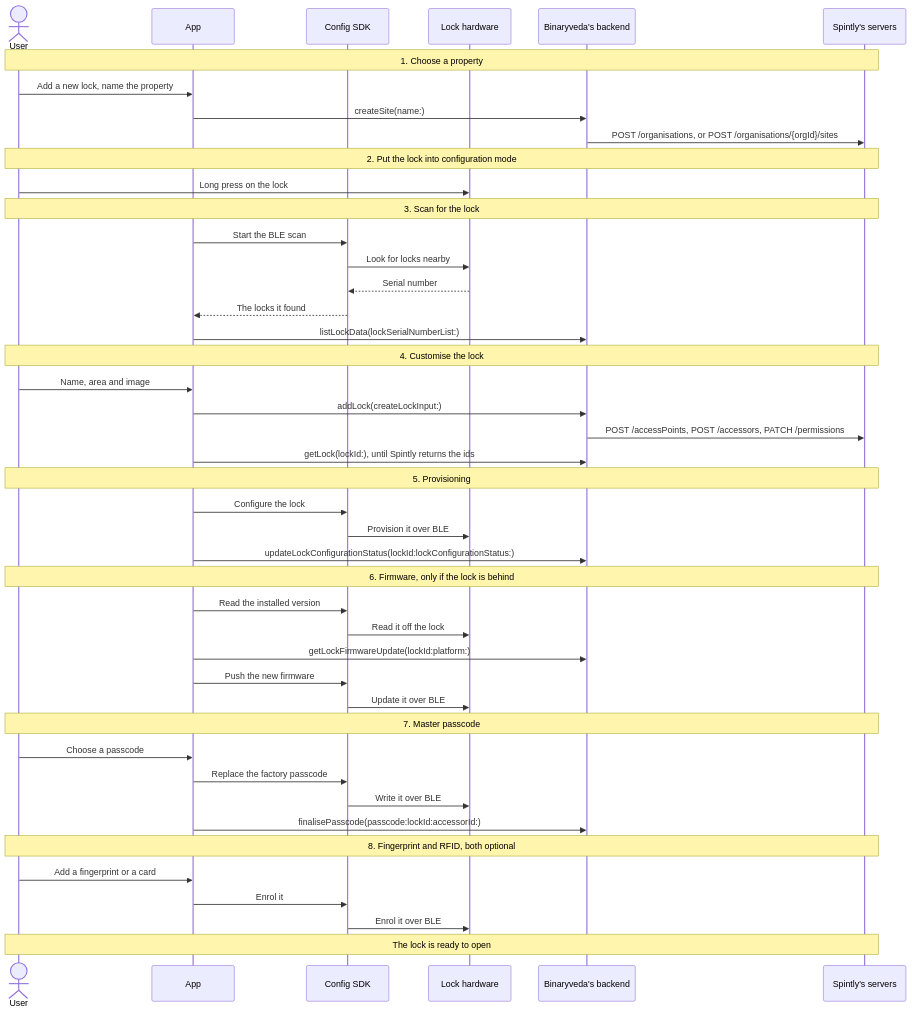
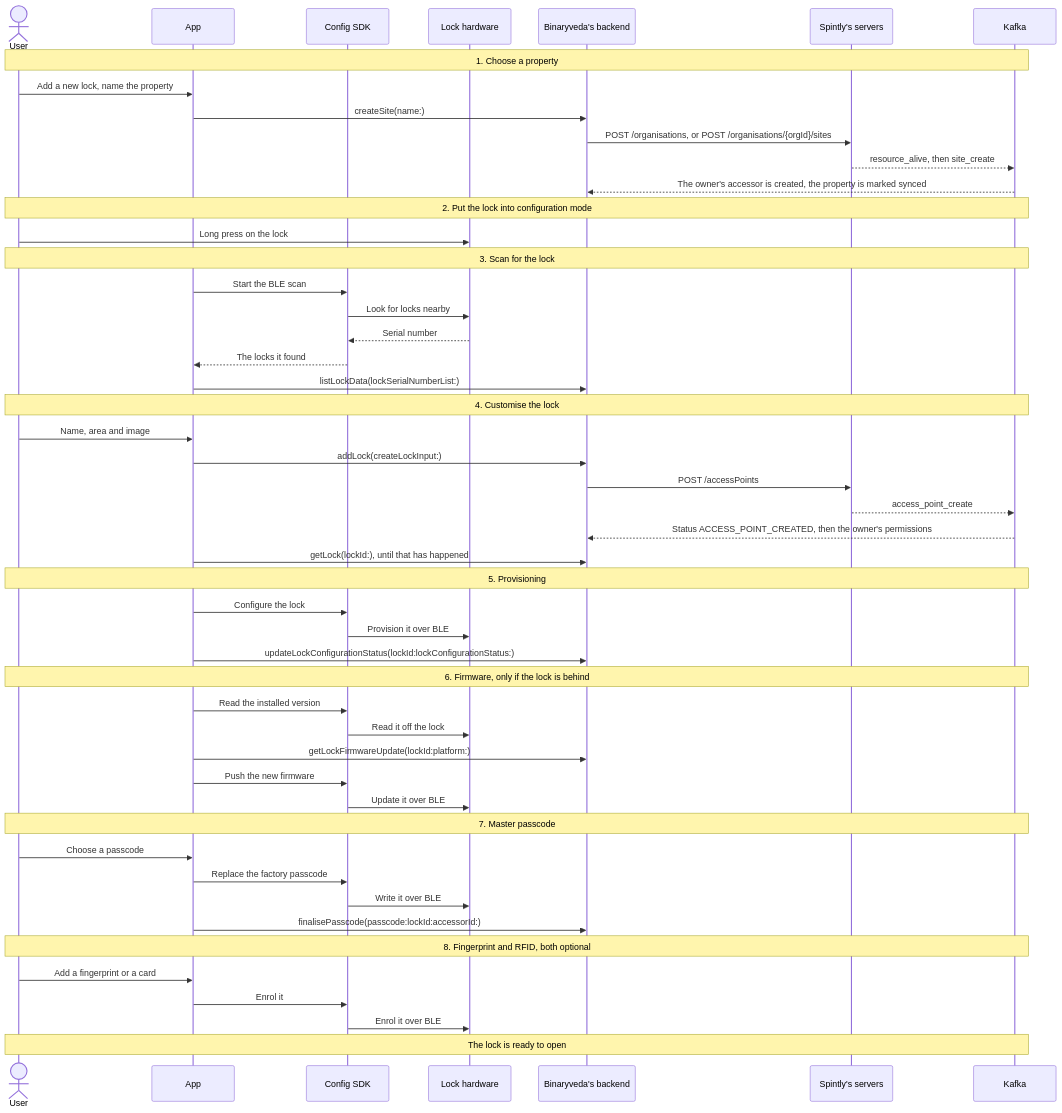
Before and after one commit to Yash-Wadatkar-Binaryveda/sdk-docs-site: the first of 16 diagrams in docs/lock-onboarding.md, drawn with Mermaid. The commit also changed other lines of this file and 11 other files, not shown here.

````diff
--- a/docs/lock-onboarding.md
+++ b/docs/lock-onboarding.md
@@ -25,55 +44,60 @@
 ```mermaid
 sequenceDiagram
     actor U as User
     participant A as App
     participant C as Config SDK
     participant L as Lock hardware
     participant B as Binaryveda's backend
     participant S as Spintly's servers
+    participant K as Kafka
 
-    Note over U,S: 1. Choose a property
+    Note over U,K: 1. Choose a property
     U->>A: Add a new lock, name the property
     A->>B: createSite(name:)
     B->>S: POST /organisations, or POST /organisations/{orgId}/sites
+    S-->>K: resource_alive, then site_create
+    K-->>B: The owner's accessor is created, the property is marked synced
 
-    Note over U,S: 2. Put the lock into configuration mode
+    Note over U,K: 2. Put the lock into configuration mode
     U->>L: Long press on the lock
 
-    Note over U,S: 3. Scan for the lock
+    Note over U,K: 3. Scan for the lock
     A->>C: Start the BLE scan
     C->>L: Look for locks nearby
     L-->>C: Serial number
     C-->>A: The locks it found
     A->>B: listLockData(lockSerialNumberList:)
 
-    Note over U,S: 4. Customise the lock
+    Note over U,K: 4. Customise the lock
     U->>A: Name, area and image
     A->>B: addLock(createLockInput:)
-    B->>S: POST /accessPoints, POST /accessors, PATCH /permissions
-    A->>B: getLock(lockId:), until Spintly returns the ids
+    B->>S: POST /accessPoints
+    S-->>K: access_point_create
+    K-->>B: Status ACCESS_POINT_CREATED, then the owner's permissions
+    A->>B: getLock(lockId:), until that has happened
 
-    Note over U,S: 5. Provisioning
+    Note over U,K: 5. Provisioning
     A->>C: Configure the lock
     C->>L: Provision it over BLE
     A->>B: updateLockConfigurationStatus(lockId:lockConfigurationStatus:)
 
-    Note over U,S: 6. Firmware, only if the lock is behind
+    Note over U,K: 6. Firmware, only if the lock is behind
     A->>C: Read the installed version
     C->>L: Read it off the lock
     A->>B: getLockFirmwareUpdate(lockId:platform:)
     A->>C: Push the new firmware
     C->>L: Update it over BLE
 
-    Note over U,S: 7. Master passcode
+    Note over U,K: 7. Master passcode
     U->>A: Choose a passcode
     A->>C: Replace the factory passcode
     C->>L: Write it over BLE
     A->>B: finalisePasscode(passcode:lockId:accessorId:)
 
-    Note over U,S: 8. Fingerprint and RFID, both optional
+    Note over U,K: 8. Fingerprint and RFID, both optional
     U->>A: Add a fingerprint or a card
     A->>C: Enrol it
     C->>L: Enrol it over BLE
 
-    Note over U,S: The lock is ready to open
+    Note over U,K: The lock is ready to open
 ```
````
